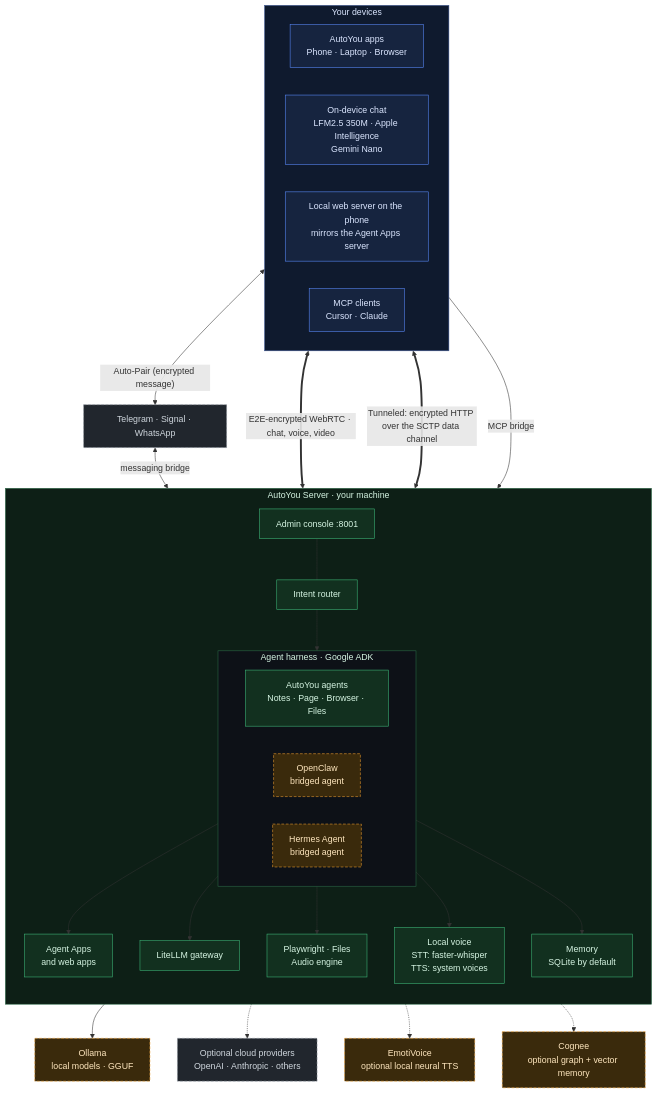
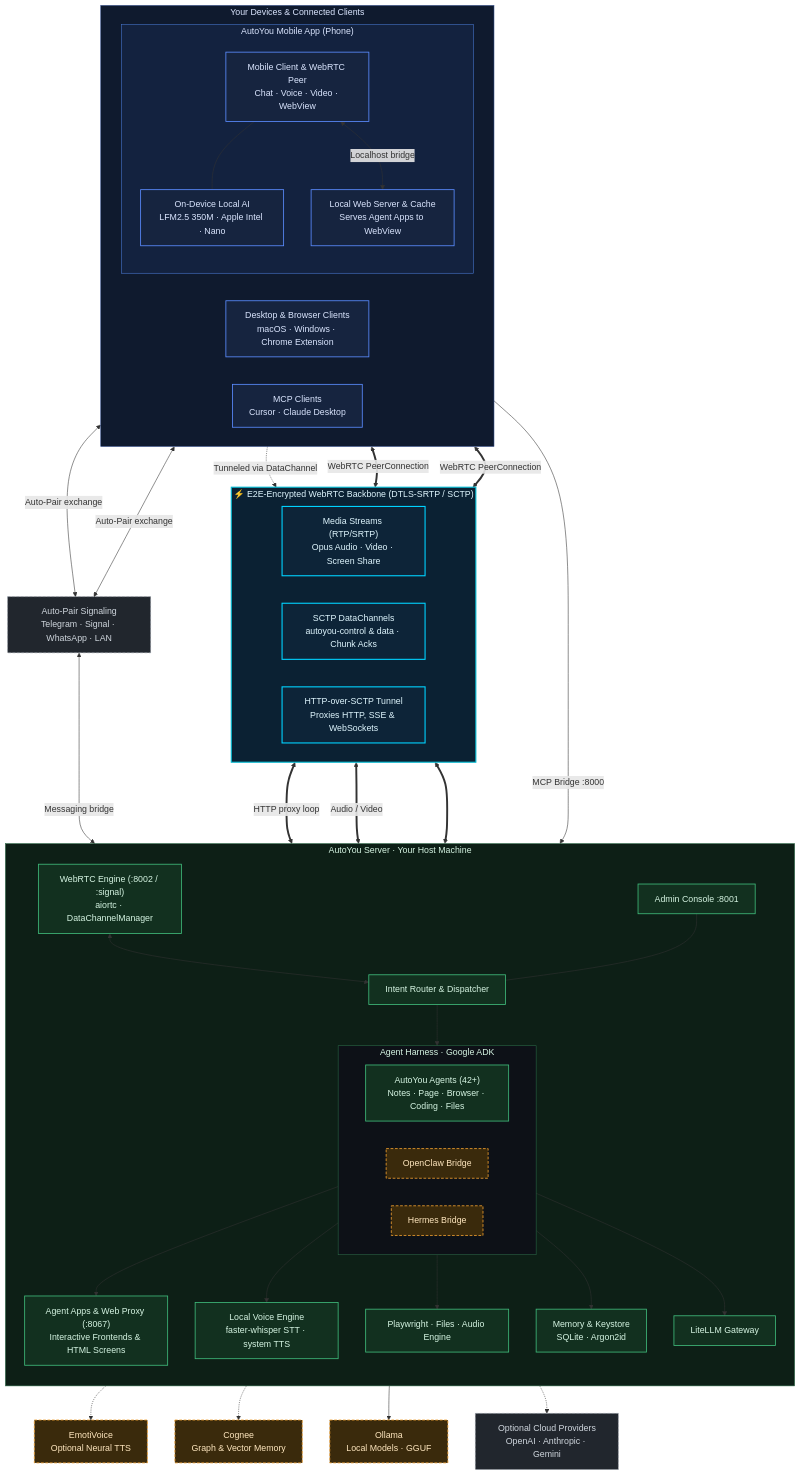
The diagram in docs/images/architecture-dark.mmd (autoyou-ai/AutoYou-Server), drawn with Mermaid before and after one commit. The commit also changed 8 other files, not shown here.

Commit message:
docs: overhaul architecture diagram with WebRTC backbone, highlight devserver token savings, and fix repo leaks

```diff
--- a/docs/images/architecture-dark.mmd
+++ b/docs/images/architecture-dark.mmd
@@ -1,67 +1,94 @@
-%% AutoYou architecture (dark palette). Edit this file, then re-render the README image with:
-%%   npx @mermaid-js/mermaid-cli -i docs/images/architecture-dark.mmd -o docs/images/architecture-dark.png -c docs/images/architecture-render-config.json -b "#0d1117" -s 2 -w 1100
-%% Keep architecture.mmd (light) and architecture-dark.mmd in step; only the classDef and style colors differ.
+%% AutoYou architecture (dark palette)
 flowchart TB
-    classDef you fill:#16243f,stroke:#5b8cff,color:#dbe6ff
-    classDef core fill:#12301f,stroke:#3fb97a,color:#d6f5e3
-    classDef vendor fill:#3a2a0c,stroke:#f0a030,stroke-dasharray:5 3,color:#ffe7bf
-    classDef cloud fill:#21262d,stroke:#8b949e,stroke-dasharray:5 3,color:#d0d7de
+    classDef clientNode fill:#16243f,stroke:#5b8cff,stroke-width:1.5px,color:#dbe6ff
+    classDef serverCore fill:#12301f,stroke:#3fb97a,stroke-width:1.5px,color:#d6f5e3
+    classDef webrtcPipe fill:#0d2438,stroke:#00d2ff,stroke-width:2px,color:#e0f7ff
+    classDef extNode fill:#3a2a0c,stroke:#f0a030,stroke-dasharray:5 3,stroke-width:1.5px,color:#ffe7bf
+    classDef bridgeNode fill:#21262d,stroke:#8b949e,stroke-dasharray:5 3,color:#d0d7de
 
-    subgraph you["Your devices"]
+    subgraph clients["Your Devices & Connected Clients"]
         direction LR
-        apps["AutoYou apps<br/>Phone · Laptop · Browser"]
-        localchat["On-device chat<br/>LFM2.5 350M · Apple Intelligence<br/>Gemini Nano"]
-        phoneweb["Local web server on the phone<br/>mirrors the Agent Apps server"]
-        mcp["MCP clients<br/>Cursor · Claude"]
+        subgraph phone["AutoYou Mobile App (Phone)"]
+            direction TB
+            phoneUI["Mobile Client & WebRTC Peer<br/>Chat · Voice · Video · WebView"]
+            localchat["On-Device Local AI<br/>LFM2.5 350M · Apple Intel · Nano"]
+            phoneweb["Local Web Server & Cache<br/>Serves Agent Apps to WebView"]
+            phoneUI --- localchat
+            phoneUI <-->|"Localhost bridge"| phoneweb
+        end
+        desktopApp["Desktop & Browser Clients<br/>macOS · Windows · Chrome Extension"]
+        mcp["MCP Clients<br/>Cursor · Claude Desktop"]
     end
 
-    msg["Telegram · Signal · WhatsApp"]
+    signaling["Auto-Pair Signaling<br/>Telegram · Signal · WhatsApp · LAN"]
 
-    subgraph server["AutoYou Server · your machine"]
-        direction TB
-        router["Intent router"]
-        admin["Admin console :8001"]
-        subgraph harness["Agent harness · Google ADK"]
-            direction LR
-            own["AutoYou agents<br/>Notes · Page · Browser · Files"]
-            oc["OpenClaw<br/>bridged agent"]
-            hermes["Hermes Agent<br/>bridged agent"]
-        end
-        webapps["Agent Apps<br/>and web apps"]
-        llm["LiteLLM gateway"]
-        tools["Playwright · Files<br/>Audio engine"]
-        voice["Local voice<br/>STT: faster-whisper<br/>TTS: system voices"]
-        mem["Memory<br/>SQLite by default"]
-        router --> harness
-        admin --- router
-        harness --> llm
-        harness --> tools
-        harness --> voice
-        harness --> mem
-        own --> webapps
+    subgraph webrtcSection["⚡ E2E-Encrypted WebRTC Backbone (DTLS-SRTP / SCTP)"]
+        direction LR
+        mediaStream["Media Streams (RTP/SRTP)<br/>Opus Audio · Video · Screen Share"]
+        dataChannel["SCTP DataChannels<br/>autoyou-control & data · Chunk Acks"]
+        httpTunnel["HTTP-over-SCTP Tunnel<br/>Proxies HTTP, SSE & WebSockets"]
     end
 
-    ollama["Ollama<br/>local models · GGUF"]
-    cloud["Optional cloud providers<br/>OpenAI · Anthropic · others"]
-    emoti["EmotiVoice<br/>optional local neural TTS"]
-    cognee["Cognee<br/>optional graph + vector memory"]
+    subgraph server["AutoYou Server · Your Host Machine"]
+        direction TB
+        webrtcEngine["WebRTC Engine (:8002 / :signal)<br/>aiortc · DataChannelManager"]
+        router["Intent Router & Dispatcher"]
+        admin["Admin Console :8001"]
 
-    apps <-->|"Auto-Pair (encrypted message)"| msg
-    msg <-->|"messaging bridge"| router
-    apps <==>|"E2E-encrypted WebRTC · chat, voice, video"| router
-    phoneweb <==>|"Tunneled: encrypted HTTP over the SCTP data channel"| webapps
-    mcp -->|"MCP bridge"| router
+        subgraph harness["Agent Harness · Google ADK"]
+            direction LR
+            agents["AutoYou Agents (42+)<br/>Notes · Page · Browser · Coding · Files"]
+            oc["OpenClaw Bridge"]
+            hermes["Hermes Bridge"]
+        end
 
+        webapps["Agent Apps & Web Proxy (:8067)<br/>Interactive Frontends & HTML Screens"]
+        voice["Local Voice Engine<br/>faster-whisper STT · system TTS"]
+        tools["Playwright · Files · Audio Engine"]
+        mem["Memory & Keystore<br/>SQLite · Argon2id"]
+        llm["LiteLLM Gateway"]
+
+        webrtcEngine <--> router
+        admin --- router
+        router --> harness
+        harness --> webapps
+        harness --> voice
+        harness --> tools
+        harness --> mem
+        harness --> llm
+    end
+
+    emoti["EmotiVoice<br/>Optional Neural TTS"]
+    cognee["Cognee<br/>Graph & Vector Memory"]
+    ollama["Ollama<br/>Local Models · GGUF"]
+    cloud["Optional Cloud Providers<br/>OpenAI · Anthropic · Gemini"]
+
+    phoneUI <-->|"Auto-Pair exchange"| signaling
+    desktopApp <-->|"Auto-Pair exchange"| signaling
+    signaling <-->|"Messaging bridge"| router
+    mcp -->|"MCP Bridge :8000"| router
+
+    phoneUI <==>|"WebRTC PeerConnection"| webrtcSection
+    desktopApp <==>|"WebRTC PeerConnection"| webrtcSection
+    webrtcSection <==> webrtcEngine
+
+    phoneweb -.->|"Tunneled via DataChannel"| httpTunnel
+    httpTunnel <===>|"HTTP proxy loop"| webapps
+    mediaStream <===>|"Audio / Video"| voice
+
+    voice -.-> emoti
+    mem -.-> cognee
     llm --> ollama
     llm -.-> cloud
-    voice -.-> emoti
-    mem -.-> cognee
 
-    class apps,localchat,phoneweb,mcp you
-    class admin,router,own,webapps,llm,voice,mem,tools core
-    class oc,hermes,ollama,emoti,cognee vendor
-    class cloud,msg cloud
+    class phoneUI,desktopApp,localchat,phoneweb,mcp clientNode
+    class webrtcSection,mediaStream,dataChannel,httpTunnel webrtcPipe
+    class webrtcEngine,admin,router,agents,webapps,llm,voice,mem,tools serverCore
+    class oc,hermes,ollama,emoti,cognee extNode
+    class cloud,signaling bridgeNode
 
-    style you fill:#0f1a2e,stroke:#35508f,color:#dbe6ff
+    style clients fill:#0f1a2e,stroke:#35508f,color:#dbe6ff
+    style phone fill:#13223f,stroke:#4a7bd6,color:#dbe6ff
+    style webrtcSection fill:#0b2133,stroke:#00bcd4,color:#e0f7ff
     style server fill:#0d1f16,stroke:#2c6b48,color:#d6f5e3
     style harness fill:#0d1117,stroke:#2c6b48,color:#d6f5e3
```
